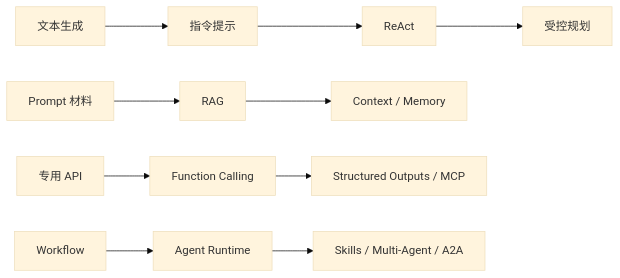
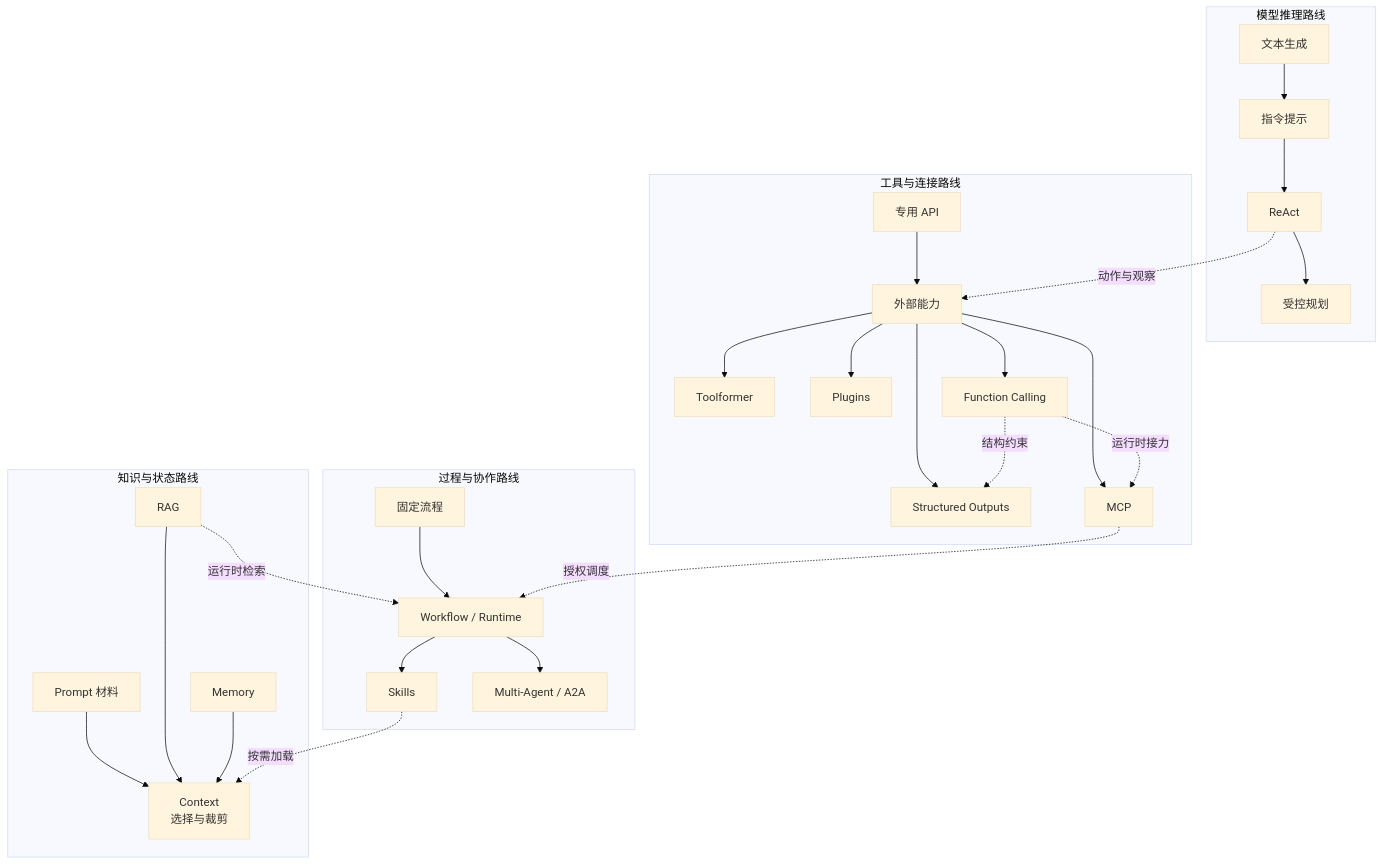
The second of 5 diagrams in docs/01-agent-evolution.md (FoLaJJ/agent-systems-notes), drawn with Mermaid (base theme) before and after one commit. The commit also changed other lines of this file and 13 other files, not shown here.

Commit message:
Refine Mermaid diagram layouts

````diff
--- a/docs/01-agent-evolution.md
+++ b/docs/01-agent-evolution.md
@@ -65,7 +50,30 @@
 ```mermaid
-flowchart LR
-    L1["文本生成"] --> L2["指令提示"] --> L3["ReAct"] --> L4["受控规划"]
-    K1["Prompt 材料"] --> K2["RAG"] --> K3["Context / Memory"]
-    T1["专用 API"] --> T2["Function Calling"] --> T3["Structured Outputs / MCP"]
-    P1["Workflow"] --> P2["Agent Runtime"] --> P3["Skills / Multi-Agent / A2A"]
+flowchart TB
+    subgraph R1["模型推理路线"]
+      L1["文本生成"] --> L2["指令提示"] --> L3["ReAct"] --> L4["受控规划"]
+    end
+    subgraph R2["知识与状态路线"]
+      K1["Prompt 材料"] --> K3["Context<br/>选择与裁剪"]
+      K2["RAG"] --> K3
+      K4["Memory"] --> K3
+    end
+    subgraph R3["工具与连接路线"]
+      T1["专用 API"] --> T2["外部能力"]
+      T2 --> T3["Toolformer"]
+      T2 --> T4["Plugins"]
+      T2 --> T5["Function Calling"]
+      T2 --> T6["Structured Outputs"]
+      T2 --> T7["MCP"]
+      T5 -. "结构约束" .-> T6
+      T5 -. "运行时接力" .-> T7
+    end
+    subgraph R4["过程与协作路线"]
+      P1["固定流程"] --> P2["Workflow / Runtime"]
+      P2 --> P3["Skills"]
+      P2 --> P4["Multi-Agent / A2A"]
+    end
+    L3 -. "动作与观察" .-> T2
+    K2 -. "运行时检索" .-> P2
+    T7 -. "授权调度" .-> P2
+    P3 -. "按需加载" .-> K3
 ```
````
